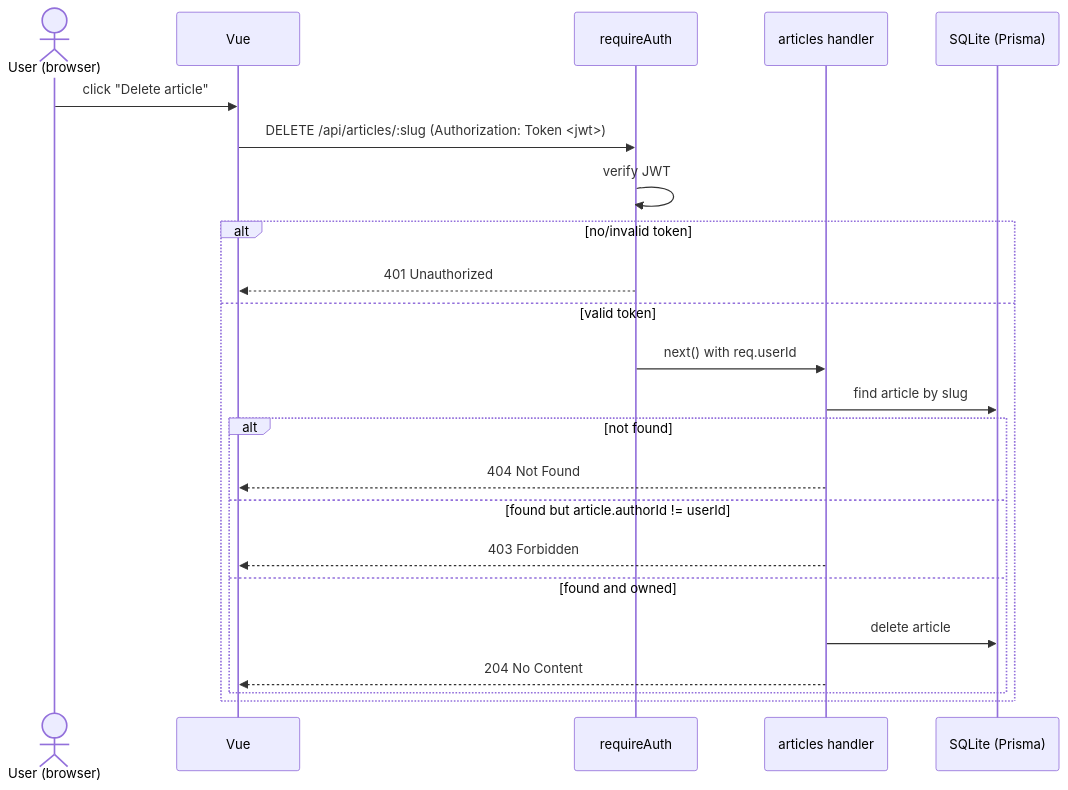
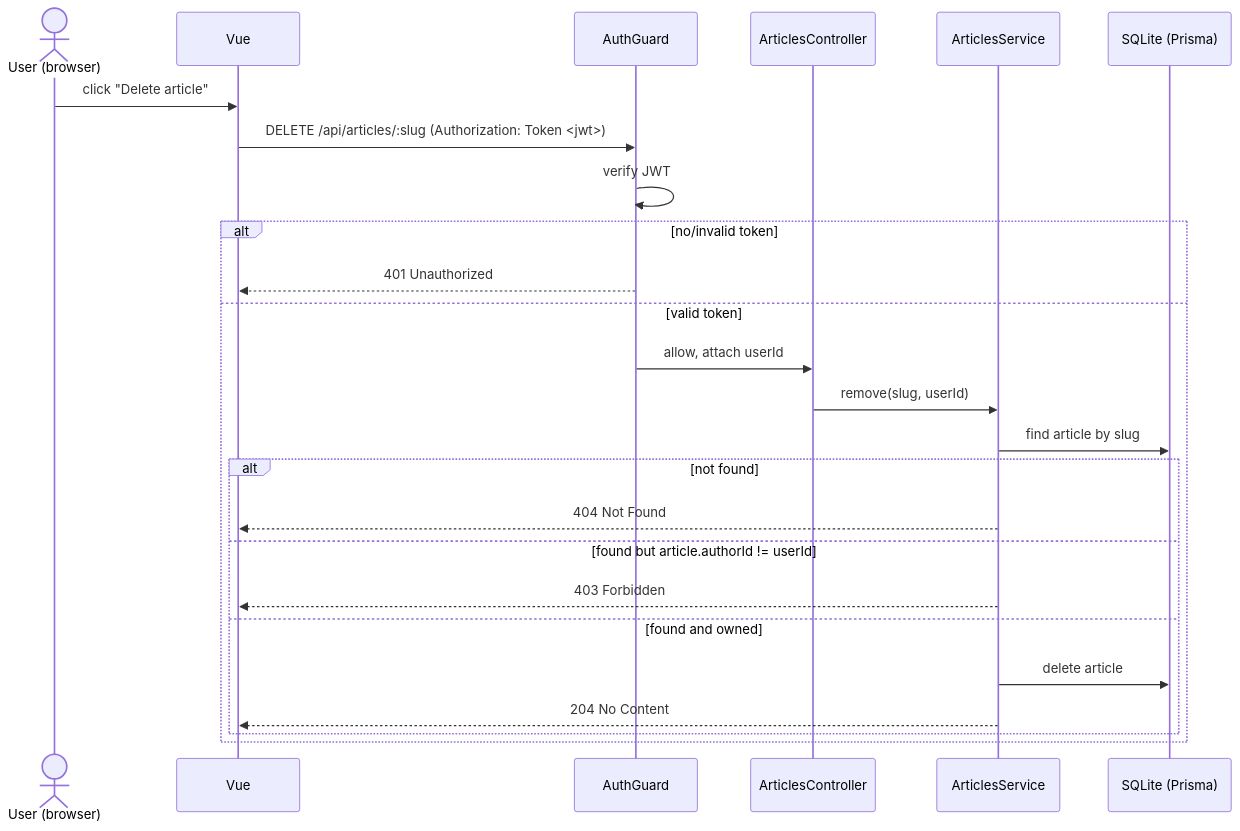
The fourth of 5 diagrams in docs/architecture.md (damnenby/conduit-project), drawn with Mermaid before and after one commit. The commit also changed other lines of this file and 48 other files, not shown here.

````diff
--- a/docs/architecture.md
+++ b/docs/architecture.md
@@ -154,26 +161,28 @@
 ```mermaid
 sequenceDiagram
     actor U as User (browser)
     participant FE as Vue
-    participant MW as requireAuth
-    participant H as articles handler
+    participant G as AuthGuard
+    participant C as ArticlesController
+    participant S as ArticlesService
     participant DB as SQLite (Prisma)
 
     U->>FE: click "Delete article"
-    FE->>MW: DELETE /api/articles/:slug (Authorization: Token <jwt>)
-    MW->>MW: verify JWT
+    FE->>G: DELETE /api/articles/:slug (Authorization: Token <jwt>)
+    G->>G: verify JWT
     alt no/invalid token
-        MW-->>FE: 401 Unauthorized
+        G-->>FE: 401 Unauthorized
     else valid token
-        MW->>H: next() with req.userId
-        H->>DB: find article by slug
+        G->>C: allow, attach userId
+        C->>S: remove(slug, userId)
+        S->>DB: find article by slug
         alt not found
-            H-->>FE: 404 Not Found
+            S-->>FE: 404 Not Found
         else found but article.authorId != userId
-            H-->>FE: 403 Forbidden
+            S-->>FE: 403 Forbidden
         else found and owned
-            H->>DB: delete article
-            H-->>FE: 204 No Content
+            S->>DB: delete article
+            S-->>FE: 204 No Content
         end
     end
 ```
````
